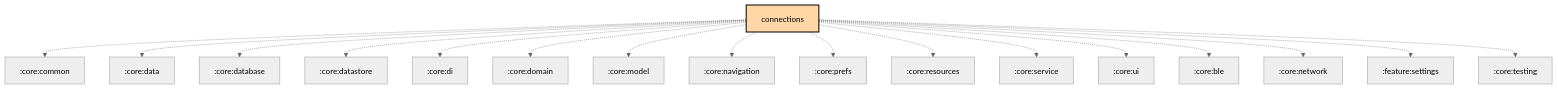
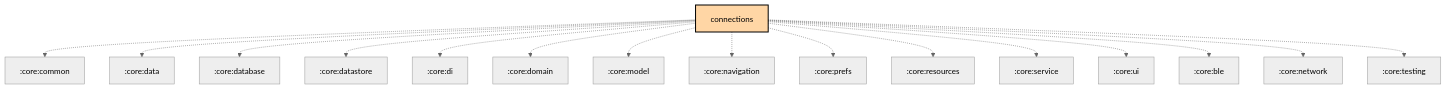
One commit to meshtastic/Meshtastic-Android changed the diagram in feature/connections/README.md. Above: the diagram before and after it, drawn with Mermaid (neutral theme). The commit also changed other lines of this file and 2 other files, not shown here.

First line of the commit message:
fix(settings): navigate directly from LoRa modem preset tap

````diff
--- a/feature/connections/README.md
+++ b/feature/connections/README.md
@@ -137,34 +136,33 @@
 ```mermaid
 graph TB
   :feature:connections[connections]:::kmp-feature
   :feature:connections -.-> :core:common
   :feature:connections -.-> :core:data
   :feature:connections -.-> :core:database
   :feature:connections -.-> :core:datastore
   :feature:connections -.-> :core:di
   :feature:connections -.-> :core:domain
   :feature:connections -.-> :core:model
   :feature:connections -.-> :core:navigation
   :feature:connections -.-> :core:prefs
   :feature:connections -.-> :core:resources
   :feature:connections -.-> :core:service
   :feature:connections -.-> :core:ui
   :feature:connections -.-> :core:ble
   :feature:connections -.-> :core:network
-  :feature:connections -.-> :feature:settings
   :feature:connections -.-> :core:testing
 
 classDef android-application fill:#CAFFBF,stroke:#000,stroke-width:2px,color:#000;
 classDef android-application-compose fill:#CAFFBF,stroke:#000,stroke-width:2px,color:#000;
 classDef compose-desktop-application fill:#CAFFBF,stroke:#000,stroke-width:2px,color:#000;
 classDef android-feature fill:#FFD6A5,stroke:#000,stroke-width:2px,color:#000;
 classDef android-library fill:#9BF6FF,stroke:#000,stroke-width:2px,color:#000;
 classDef android-library-compose fill:#9BF6FF,stroke:#000,stroke-width:2px,color:#000;
 classDef android-test fill:#A0C4FF,stroke:#000,stroke-width:2px,color:#000;
 classDef jvm-library fill:#BDB2FF,stroke:#000,stroke-width:2px,color:#000;
 classDef kmp-feature fill:#FFD6A5,stroke:#000,stroke-width:2px,color:#000;
 classDef kmp-library-compose fill:#FFC1CC,stroke:#000,stroke-width:2px,color:#000;
 classDef kmp-library fill:#FFC1CC,stroke:#000,stroke-width:2px,color:#000;
 classDef unknown fill:#FFADAD,stroke:#000,stroke-width:2px,color:#000;
 
 ```
````
